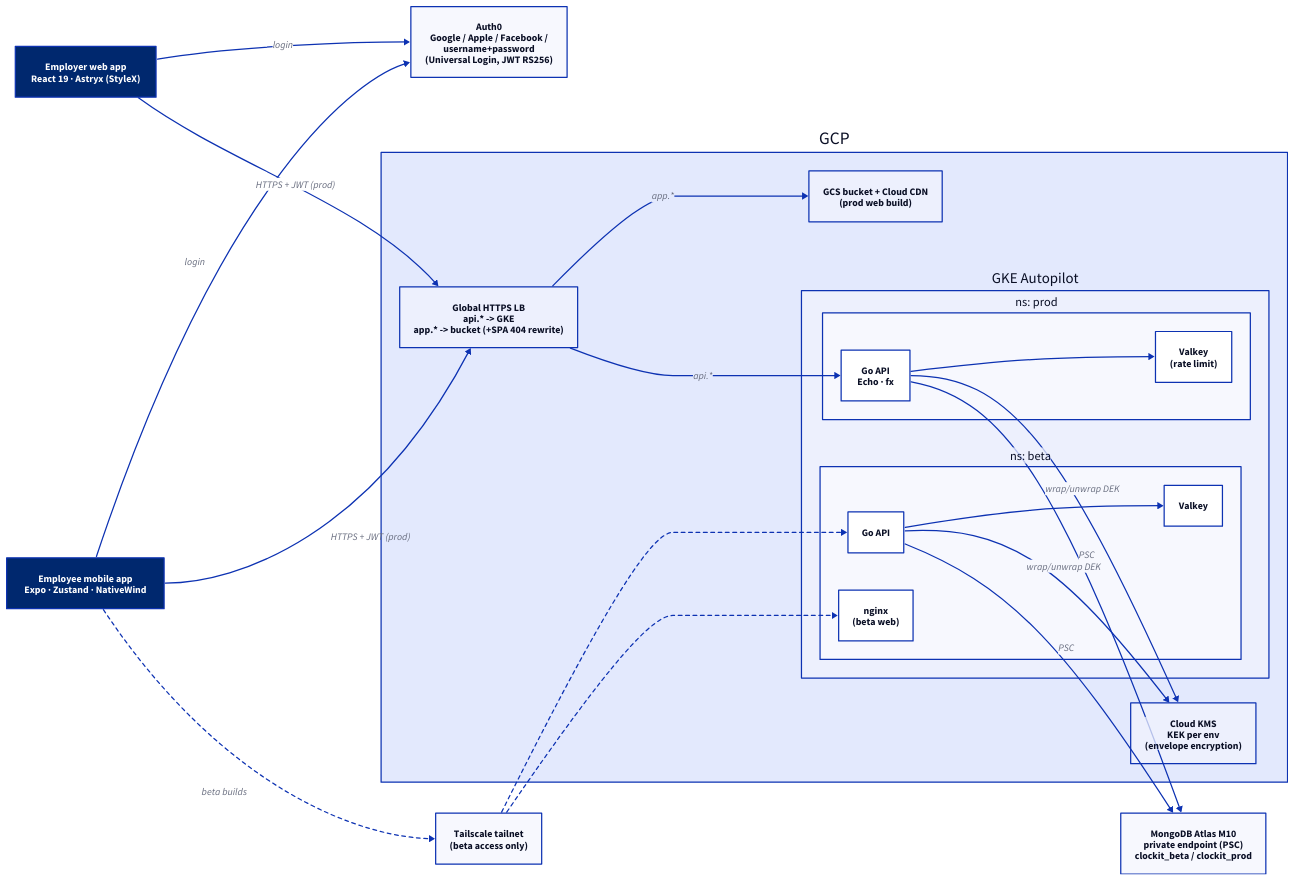
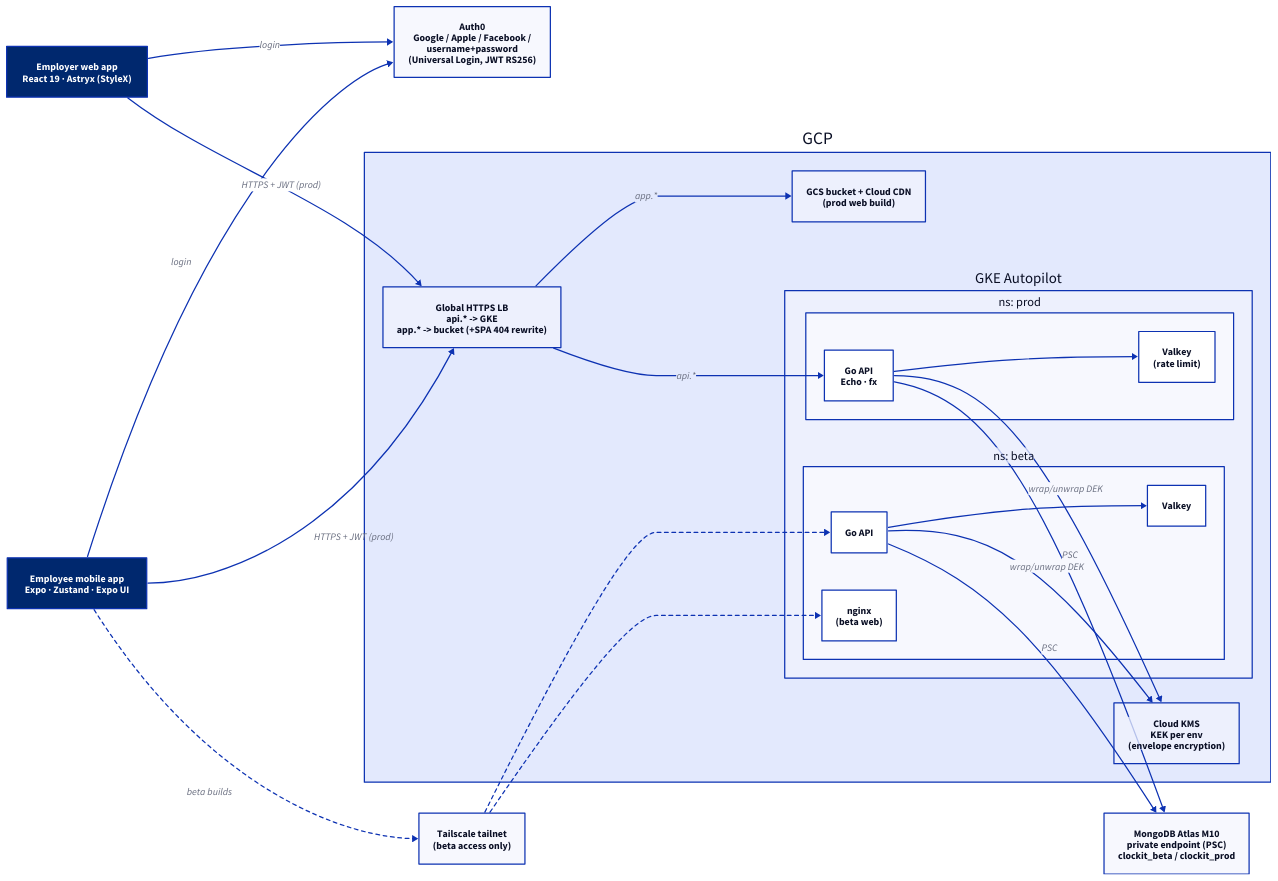
One commit to setthasit/Clockit changed the diagram in docs/diagrams/architecture.d2. Above: the diagram before and after it, drawn with D2. The commit also changed 4 other files, not shown here.

Commit message:
[AI] switch mobile styling from NativeWind to Expo UI

```diff
--- a/docs/diagrams/architecture.d2
+++ b/docs/diagrams/architecture.d2
@@ -1,49 +1,49 @@
 direction: right
 
-mobile: "Employee mobile app\nExpo · Zustand · NativeWind" {
+mobile: "Employee mobile app\nExpo · Zustand · Expo UI" {
   style.fill: "#00286E"
   style.font-color: "#FFFFFF"
 }
 
 web: "Employer web app\nReact 19 · Astryx (StyleX)" {
   style.fill: "#00286E"
   style.font-color: "#FFFFFF"
 }
 
 auth0: "Auth0\nGoogle / Apple / Facebook /\nusername+password\n(Universal Login, JWT RS256)"
 
 gcp: "GCP" {
   alb: "Global HTTPS LB\napi.* -> GKE\napp.* -> bucket (+SPA 404 rewrite)"
   webstatic: "GCS bucket + Cloud CDN\n(prod web build)"
   gke: "GKE Autopilot" {
     prodns: "ns: prod" {
       api: "Go API\nEcho · fx"
       valkey: "Valkey\n(rate limit)"
       api -> valkey
     }
     betans: "ns: beta" {
       api: "Go API"
       valkey: Valkey
       nginx: "nginx\n(beta web)"
       api -> valkey
     }
   }
   kms: "Cloud KMS\nKEK per env\n(envelope encryption)"
 }
 
 atlas: "MongoDB Atlas M10\nprivate endpoint (PSC)\nclockit_beta / clockit_prod"
 tailnet: "Tailscale tailnet\n(beta access only)"
 
 mobile -> auth0: login
 web -> auth0: login
 mobile -> gcp.alb: "HTTPS + JWT (prod)"
 web -> gcp.alb: "HTTPS + JWT (prod)"
 gcp.alb -> gcp.webstatic: "app.*"
 gcp.alb -> gcp.gke.prodns.api: "api.*"
 mobile -> tailnet: "beta builds" {style.stroke-dash: 3}
 tailnet -> gcp.gke.betans.api {style.stroke-dash: 3}
 tailnet -> gcp.gke.betans.nginx {style.stroke-dash: 3}
 gcp.gke.prodns.api -> gcp.kms: "wrap/unwrap DEK"
 gcp.gke.betans.api -> gcp.kms: "wrap/unwrap DEK"
 gcp.gke.prodns.api -> atlas: PSC
 gcp.gke.betans.api -> atlas: PSC
```
